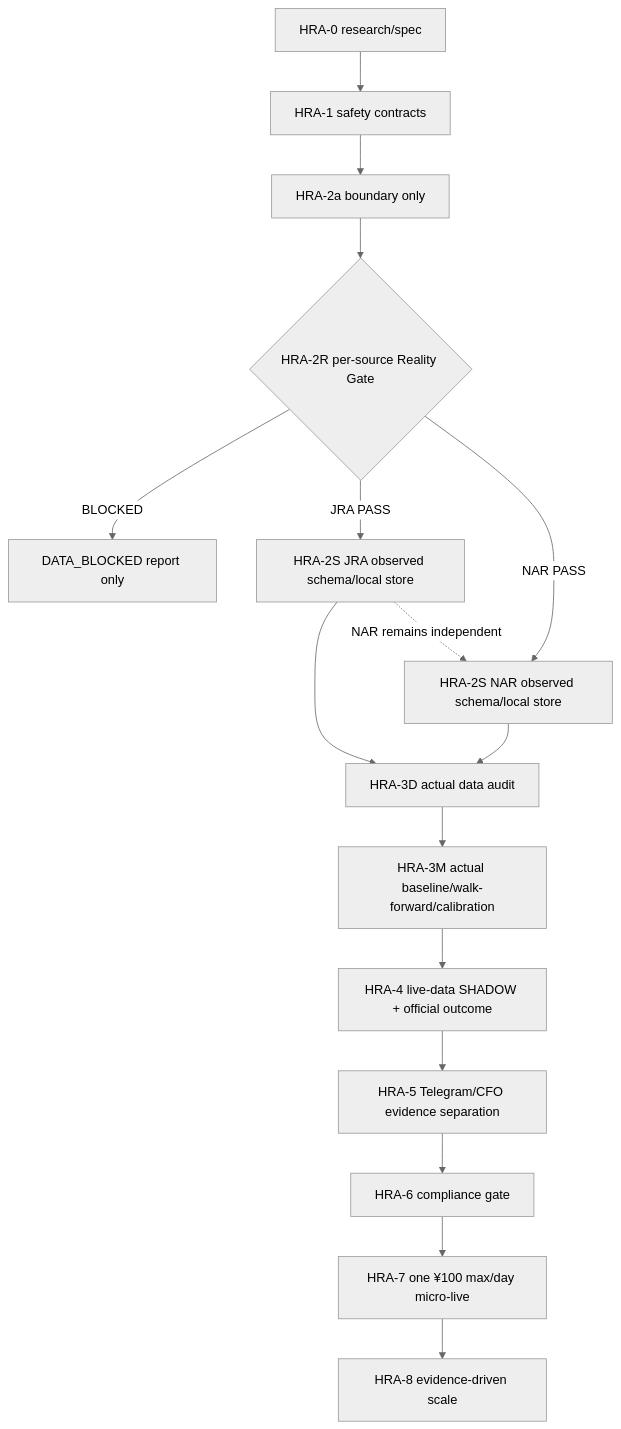
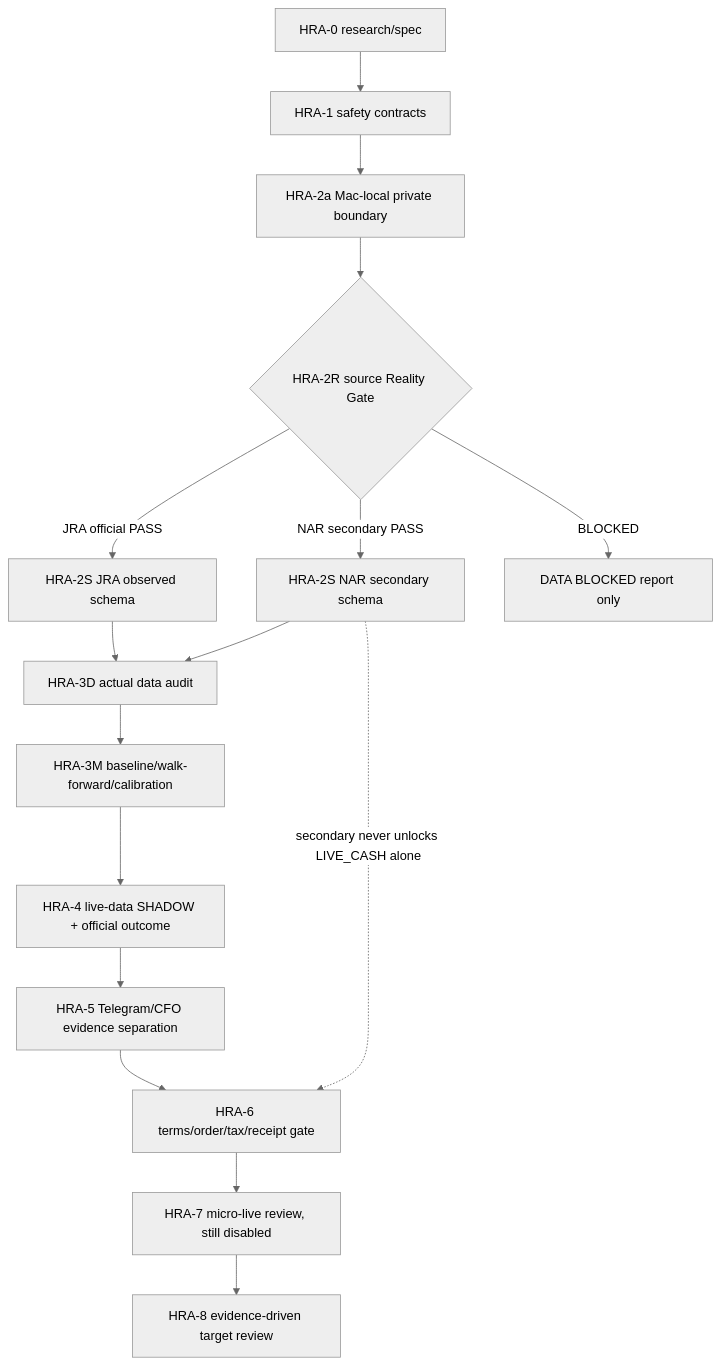
The first of 3 diagrams in docs/superpowers/specs/2026-08-09-life-manager-horse-racing-agent-design.md (Daisuke134/anicca), drawn with Mermaid (neutral theme) before and after one commit. The commit also changed other lines of this file, not shown here.

````diff
--- a/docs/superpowers/specs/2026-08-09-life-manager-horse-racing-agent-design.md
+++ b/docs/superpowers/specs/2026-08-09-life-manager-horse-racing-agent-design.md
@@ -65,18 +63,18 @@
-```mermaid
+~~~mermaid
 flowchart TD
   A[HRA-0 research/spec] --> B[HRA-1 safety contracts]
-  B --> C[HRA-2a boundary only]
-  C --> G{HRA-2R per-source Reality Gate}
-  G -- BLOCKED --> X[DATA_BLOCKED report only]
-  G -- JRA PASS --> J[HRA-2S JRA observed schema/local store]
-  G -- NAR PASS --> N[HRA-2S NAR observed schema/local store]
+  B --> C[HRA-2a Mac-local private boundary]
+  C --> G{HRA-2R source Reality Gate}
+  G -- JRA official PASS --> J[HRA-2S JRA observed schema]
+  G -- NAR secondary PASS --> N[HRA-2S NAR secondary schema]
+  G -- BLOCKED --> X[DATA BLOCKED report only]
   J --> D[HRA-3D actual data audit]
   N --> D
-  D --> M[HRA-3M actual baseline/walk-forward/calibration]
+  D --> M[HRA-3M baseline/walk-forward/calibration]
   M --> S[HRA-4 live-data SHADOW + official outcome]
   S --> T[HRA-5 Telegram/CFO evidence separation]
-  T --> P[HRA-6 compliance gate]
-  P --> Q[HRA-7 one ¥100 max/day micro-live]
-  Q --> R[HRA-8 evidence-driven scale]
-  J -. NAR remains independent .-> N
-```
+  T --> P[HRA-6 terms/order/tax/receipt gate]
+  P --> Q[HRA-7 micro-live review, still disabled]
+  Q --> R[HRA-8 evidence-driven target review]
+  N -. secondary never unlocks LIVE_CASH alone .-> P
+~~~
````
